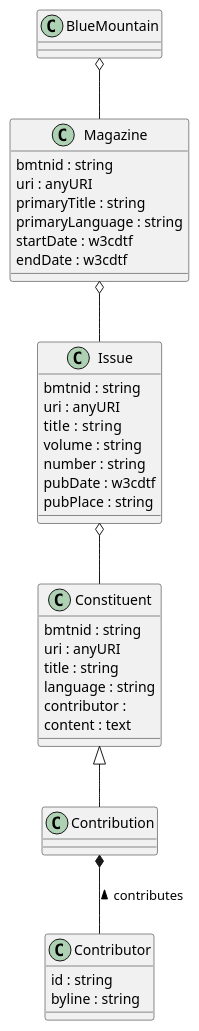
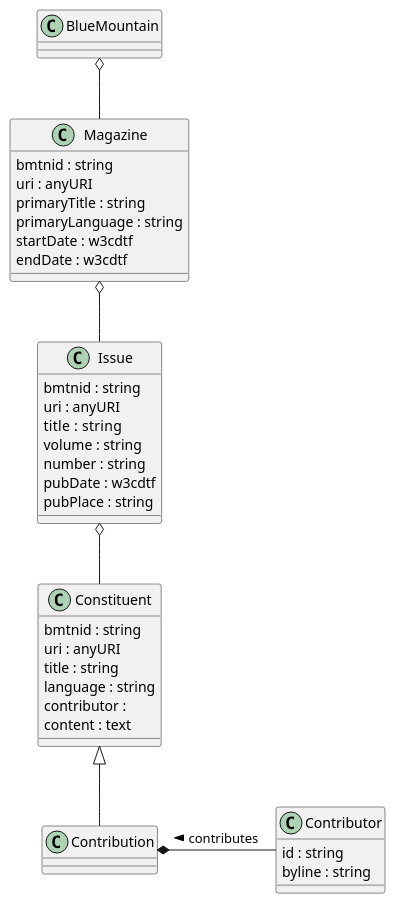
The diagram in doc/model.org (cwulfman/bluemountainsprings), drawn with PlantUML before and after one commit. The commit also changed other lines of this file, not shown here.

```diff
--- a/doc/model.org
+++ b/doc/model.org
@@ -10,40 +18,40 @@
 #+begin_src plantuml :file model.png
   Class Magazine {
 	bmtnid : string
 	uri : anyURI
 	primaryTitle : string
 	primaryLanguage : string
 	startDate : w3cdtf
 	endDate : w3cdtf
   }
 
   Class Issue {
 	bmtnid : string
 	uri : anyURI
 	title  : string
 	volume : string
 	number : string
 	pubDate : w3cdtf
 	pubPlace : string
   }
 
   Class Constituent {
 	bmtnid : string
 	uri : anyURI
 	title : string
 	language : string
 	contributor : 
 	content : text
   }
 
   Class Contributor {
 	id : string
 	byline : string
   }
 
   BlueMountain o-- Magazine
   Magazine o-- Issue
   Issue o-- Constituent
   Constituent <|-- Contribution
-  Contribution *-- Contributor : < contributes
+  Contribution *- Contributor : < contributes
 #+end_src
```
